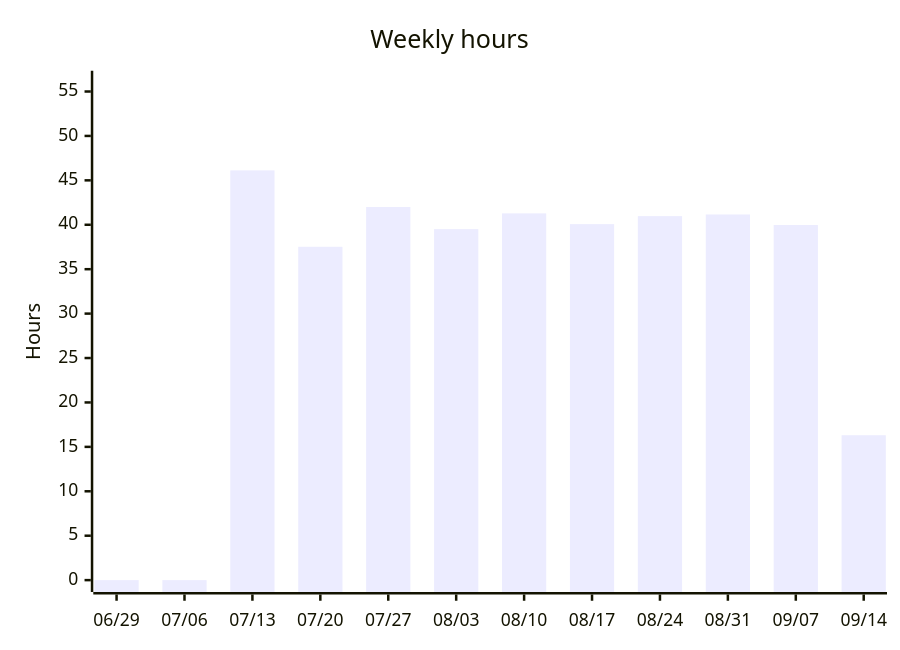
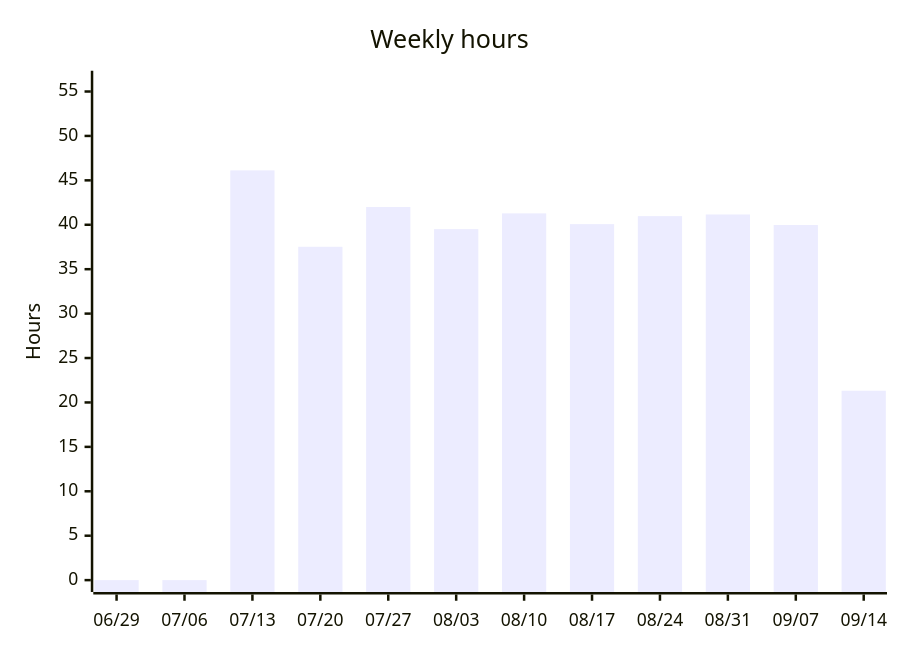
One commit to albinforsberg-netizen/timeclock changed the third of 5 diagrams in README.org. Above: the diagram before and after it, drawn with Mermaid. The commit also changed other lines of this file, not shown here.

```diff
--- a/README.org
+++ b/README.org
@@ -109,7 +110,7 @@
 #+begin_src mermaid
 xychart-beta
     title "Weekly hours"
     x-axis ["06/29", "07/06", "07/13", "07/20", "07/27", "08/03", "08/10", "08/17", "08/24", "08/31", "09/07", "09/14"]
     y-axis "Hours" 0 --> 56
-    bar [0.00, 0.00, 46.12, 37.52, 42.00, 39.51, 41.28, 40.07, 40.97, 41.16, 39.97, 16.31]
+    bar [0.00, 0.00, 46.12, 37.52, 42.00, 39.51, 41.28, 40.07, 40.97, 41.16, 39.97, 21.32]
 #+end_src
```
